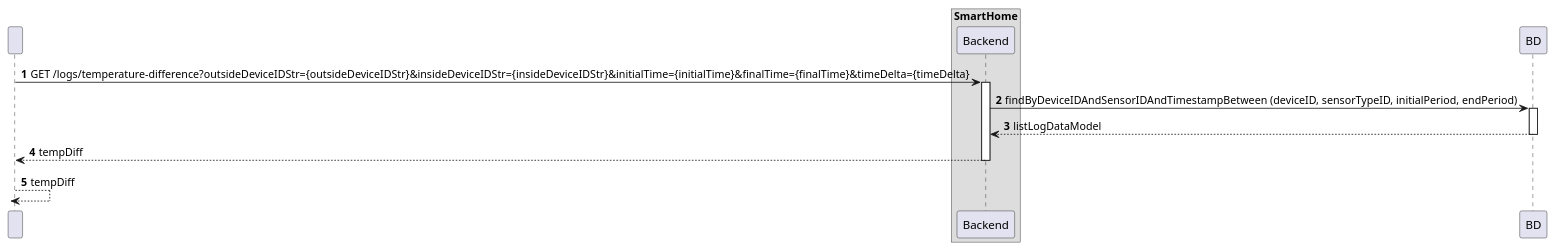
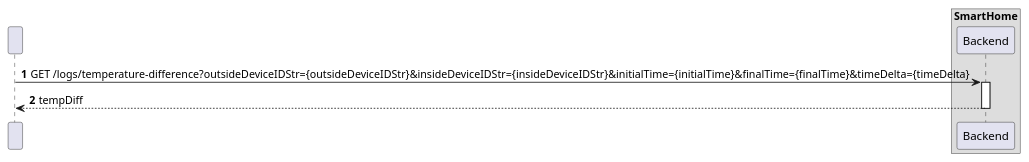
The diagram in docs/ooa/C4_4plus1_models/Level2/ProcessView/ProcessViewLevel2_UC13v2.puml (olivDiogo/SmartHome), drawn with PlantUML before and after one commit. The commit also changed 8 other files, not shown here.

Commit message:
"refactor: refactoring ProcessViewLevel2 Diagrams #518"

```diff
--- a/docs/ooa/C4_4plus1_models/Level2/ProcessView/ProcessViewLevel2_UC13v2.puml
+++ b/docs/ooa/C4_4plus1_models/Level2/ProcessView/ProcessViewLevel2_UC13v2.puml
@@ -1,31 +1,24 @@
 @startuml
 'https://plantuml.com/sequence-diagram
 !pragma layout smetana
 
 autonumber
 
 participant " " as HTTP
 
 box "SmartHome"
     participant "Backend" as BE
 
 end box
 
 
 HTTP -> BE : GET /logs/temperature-difference?outsideDeviceIDStr={outsideDeviceIDStr}&insideDeviceIDStr={insideDeviceIDStr}&initialTime={initialTime}&finalTime={finalTime}&timeDelta={timeDelta}
 activate BE
 
-BE -> BD : findByDeviceIDAndSensorIDAndTimestampBetween (deviceID, sensorTypeID, initialPeriod, endPeriod)
-activate BD
-
-BD --> BE : listLogDataModel
-deactivate BD
 
 BE --> HTTP : tempDiff
 deactivate BE
 
-HTTP --> HTTP : tempDiff
-deactivate HTTP
 
 
 @enduml
```
